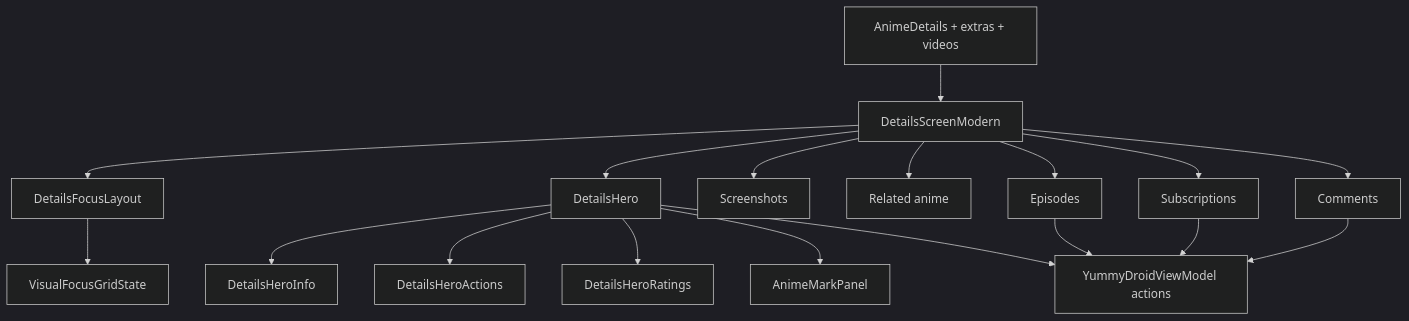
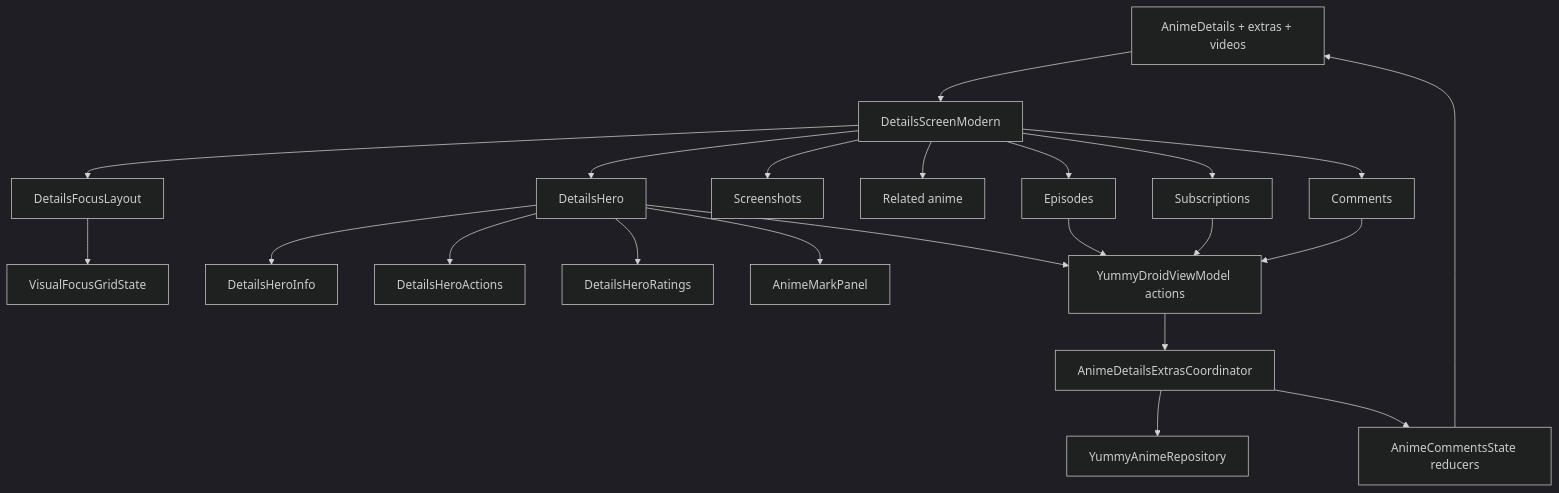
The sixth of 11 diagrams in docs/refactor-logic-map.md (saltek1995/YummyDroid), drawn with Mermaid (dark theme) before and after one commit. The commit also changed other lines of this file and 4 other files, not shown here.

Commit message:
Extract anime details extras coordination

````diff
--- a/docs/refactor-logic-map.md
+++ b/docs/refactor-logic-map.md
@@ -237,36 +237,43 @@
 ```mermaid
 flowchart TD
     DetailsState[AnimeDetails + extras + videos]
     DetailsScreen[DetailsScreenModern]
     FocusLayout[DetailsFocusLayout]
     VisualNav[VisualFocusGridState]
     Hero[DetailsHero]
     HeroInfo[DetailsHeroInfo]
     HeroActions[DetailsHeroActions]
     HeroRatings[DetailsHeroRatings]
     MarkPanel[AnimeMarkPanel]
     Screenshots[Screenshots]
     Related[Related anime]
     Episodes[Episodes]
     Subscriptions[Subscriptions]
     Comments[Comments]
     VM[YummyDroidViewModel actions]
+    ExtrasCoordinator[AnimeDetailsExtrasCoordinator]
+    CommentsState[AnimeCommentsState reducers]
+    Repo[YummyAnimeRepository]
 
     DetailsState --> DetailsScreen
     DetailsScreen --> FocusLayout
     FocusLayout --> VisualNav
     DetailsScreen --> Hero
     Hero --> HeroInfo
     Hero --> HeroActions
     Hero --> HeroRatings
     Hero --> MarkPanel
     DetailsScreen --> Screenshots
     DetailsScreen --> Related
     DetailsScreen --> Episodes
     DetailsScreen --> Subscriptions
     DetailsScreen --> Comments
     Hero --> VM
     Episodes --> VM
     Subscriptions --> VM
     Comments --> VM
+    VM --> ExtrasCoordinator
+    ExtrasCoordinator --> Repo
+    ExtrasCoordinator --> CommentsState
+    CommentsState --> DetailsState
 ```
````
